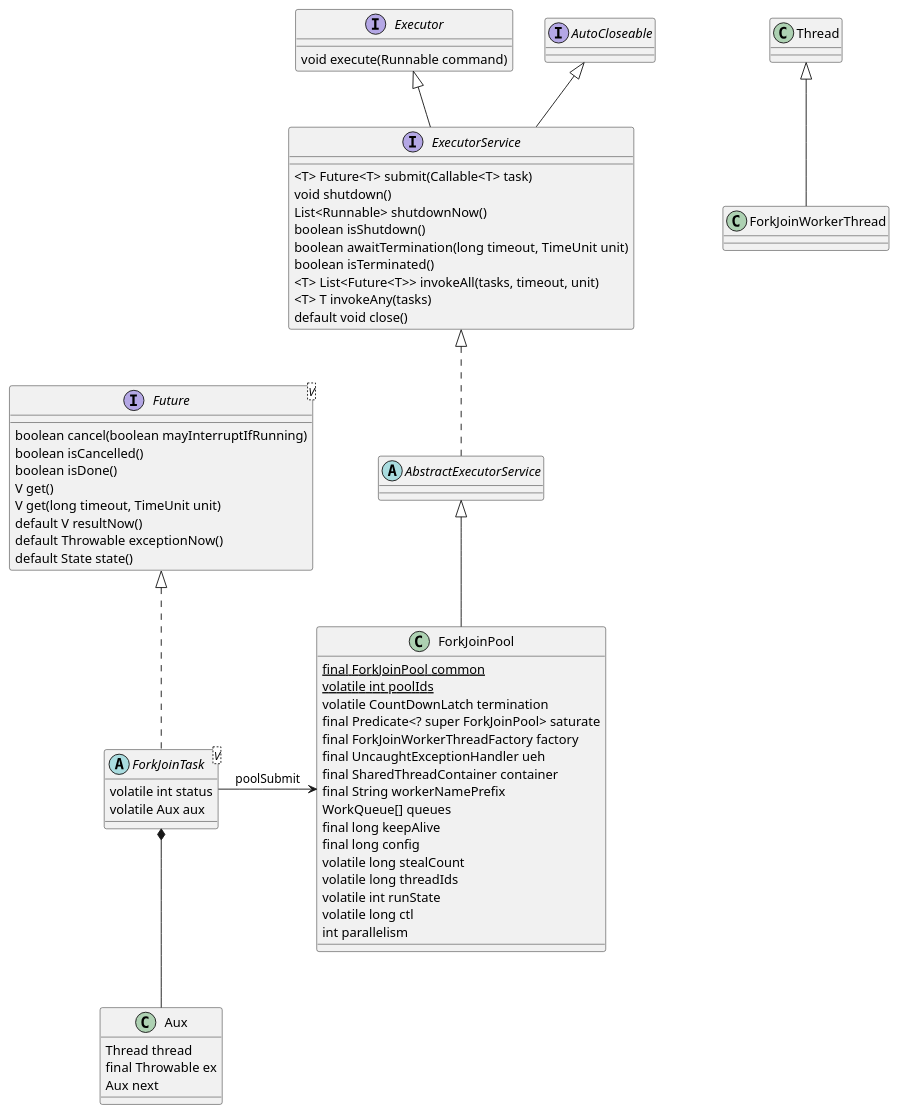
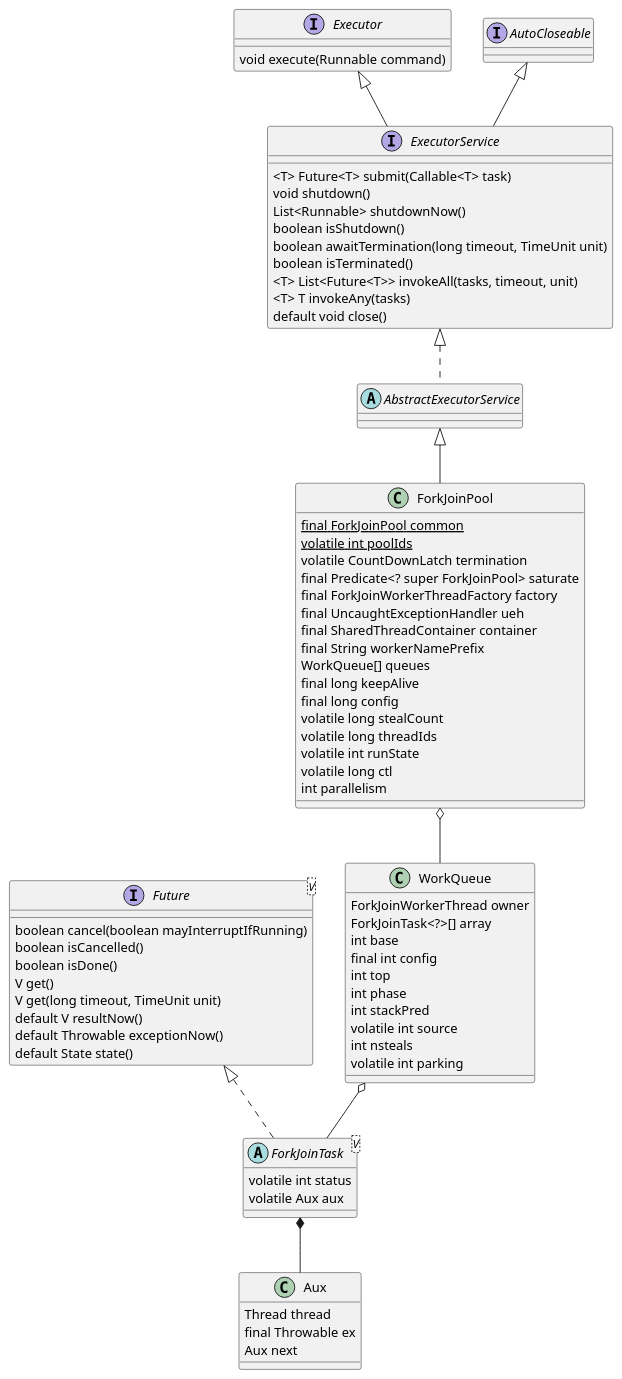
One commit to kevinwang930/kevinwang930.github.io changed the diagram in content/post/java/concurrency/fork-join-framework.md. Above: the diagram before and after it, drawn with PlantUML. The commit also changed 5 other files, not shown here.

````diff
--- a/content/post/java/concurrency/fork-join-framework.md
+++ b/content/post/java/concurrency/fork-join-framework.md
@@ -53,64 +53,76 @@
 ```plantuml
 
 interface Future<V> {
     boolean cancel(boolean mayInterruptIfRunning)
     boolean isCancelled()
     boolean isDone()
     V get() 
     V get(long timeout, TimeUnit unit)
     default V resultNow() 
     default Throwable exceptionNow()
     default State state()
 }
 
 abstract class ForkJoinTask<V> implements Future {
     volatile int status
     volatile Aux aux
 }
 
  class Aux {
     Thread thread
     final Throwable ex
     Aux next
  }
 interface Executor {
     void execute(Runnable command)
 }
 interface ExecutorService extends Executor, AutoCloseable {
     <T> Future<T> submit(Callable<T> task)
     void shutdown()
     List<Runnable> shutdownNow()
     boolean isShutdown()
     boolean awaitTermination(long timeout, TimeUnit unit)
     boolean isTerminated()
     <T> List<Future<T>> invokeAll(tasks, timeout, unit)
     <T> T invokeAny(tasks)
     default void close()
 }
 abstract class AbstractExecutorService implements ExecutorService
 class ForkJoinPool extends AbstractExecutorService {
     {static} final ForkJoinPool common
     {static} volatile int poolIds
     volatile CountDownLatch termination
     final Predicate<? super ForkJoinPool> saturate
     final ForkJoinWorkerThreadFactory factory
     final UncaughtExceptionHandler ueh
     final SharedThreadContainer container
     final String workerNamePrefix
     WorkQueue[] queues                
     final long keepAlive                
     final long config        
     volatile long stealCount       
     volatile long threadIds
     volatile int runState
     volatile long ctl
     int parallelism
  }
 
-class ForkJoinWorkerThread extends Thread
+ class WorkQueue {
+    ForkJoinWorkerThread owner
+    ForkJoinTask<?>[] array
+    int base
+    final int config
+    int top 
+    int phase
+    int stackPred
+    volatile int source
+    int nsteals
+    volatile int parking
+ }
+
+ ForkJoinPool o-- WorkQueue
+ WorkQueue o-- ForkJoinTask
+ForkJoinTask *-- Aux
 
 
-ForkJoinTask *-- Aux
-ForkJoinTask -right-> ForkJoinPool: poolSubmit
-
 ```
````
